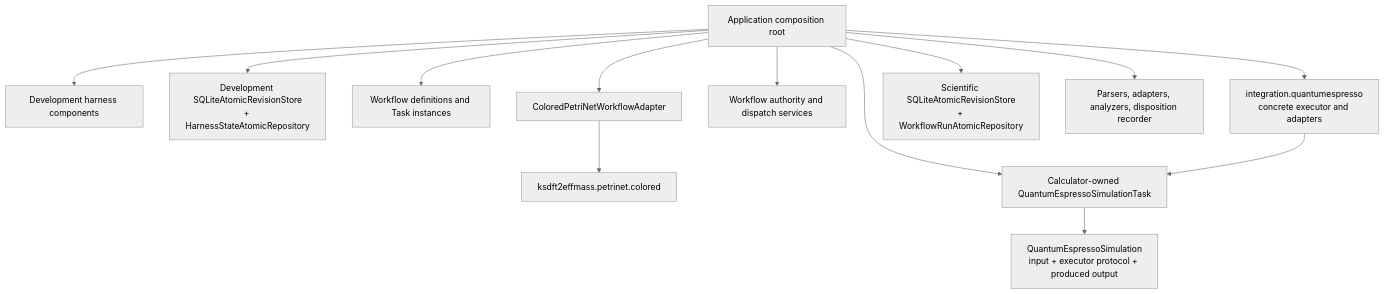
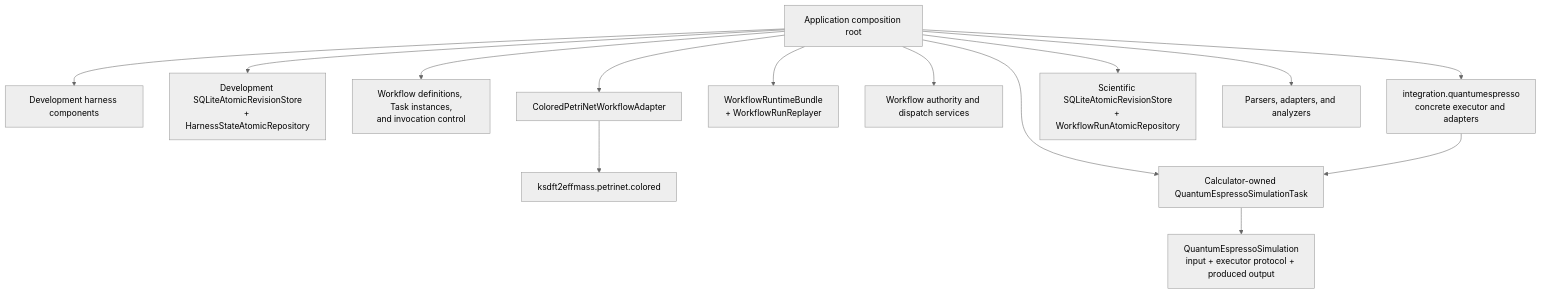
One commit to eragasa/ksdft2effmass changed the diagram in docs/architecture/v2/ksdft2effmass/application/index.md. Above: the diagram before and after it, drawn with Mermaid (neutral theme). The commit also changed other lines of this file and 54 other files, not shown here.

Commit message:
docs: close architecture v2 planning issues

````diff
--- a/docs/architecture/v2/ksdft2effmass/application/index.md
+++ b/docs/architecture/v2/ksdft2effmass/application/index.md
@@ -7,15 +7,16 @@
 ```mermaid
 flowchart TD
     app["Application composition root"] --> harness["Development harness components"]
     app --> harness_store["Development SQLiteAtomicRevisionStore<br/>+ HarnessStateAtomicRepository"]
-    app --> workflow["Workflow definitions and Task instances"]
+    app --> workflow["Workflow definitions, Task instances,<br/>and invocation control"]
     app --> adapter["ColoredPetriNetWorkflowAdapter"]
     adapter --> generic["ksdft2effmass.petrinet.colored"]
+    app --> replay["WorkflowRuntimeBundle<br/>+ WorkflowRunReplayer"]
     app --> authority["Workflow authority and dispatch services"]
     app --> qe_task["Calculator-owned QuantumEspressoSimulationTask"]
     app --> qe_integration["integration.quantumespresso<br/>concrete executor and adapters"]
     qe_integration --> qe_task
     qe_task --> qe["QuantumEspressoSimulation<br/>input + executor protocol + produced output"]
     app --> workflow_store["Scientific SQLiteAtomicRevisionStore<br/>+ WorkflowRunAtomicRepository"]
-    app --> analysis["Parsers, adapters, analyzers, disposition recorder"]
+    app --> analysis["Parsers, adapters, and analyzers"]
 ```
````
